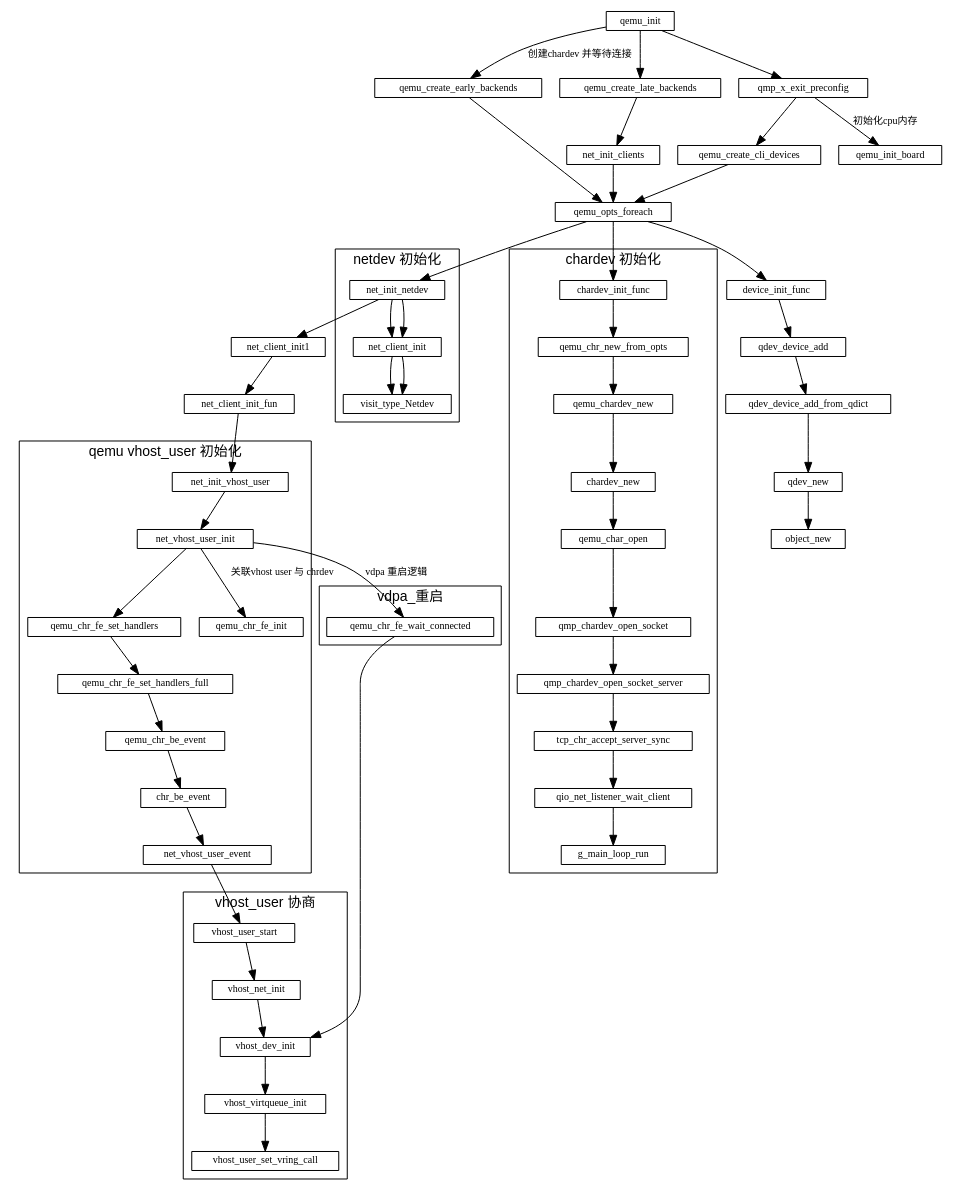
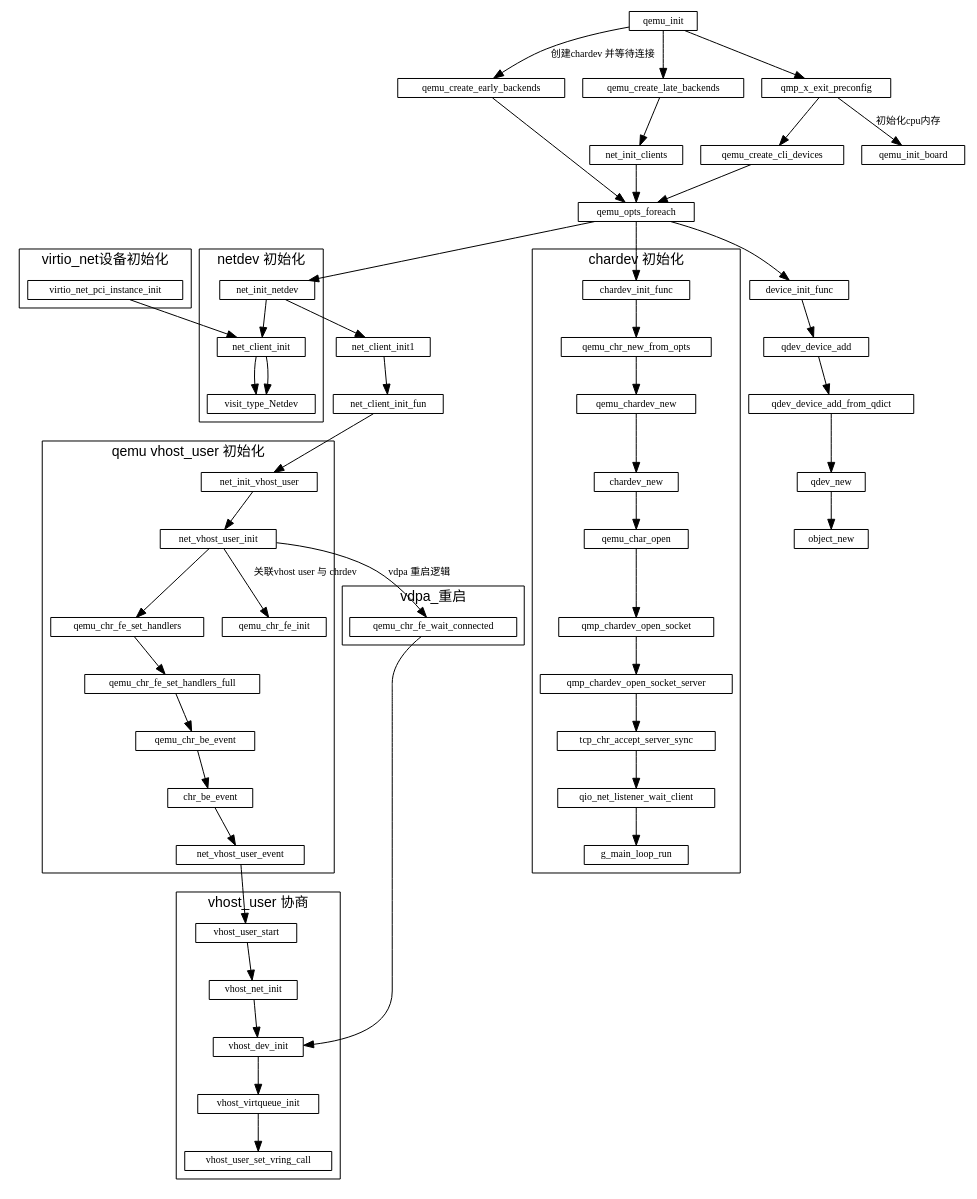
One commit to sisyphus1212/note changed the diagram in qemu/qemu初始化.md. Above: the diagram before and after it, drawn with Graphviz.

Commit message:
auto_update

```diff
--- a/qemu/qemu初始化.md
+++ b/qemu/qemu初始化.md
@@ -43,7 +43,7 @@
     subgraph virtio_net_init {
         label="virtio_net设备初始化";
         cluster=true;
-        net_init_netdev
+        virtio_net_pci_instance_init
         -> net_client_init
         -> visit_type_Netdev
     }
```
